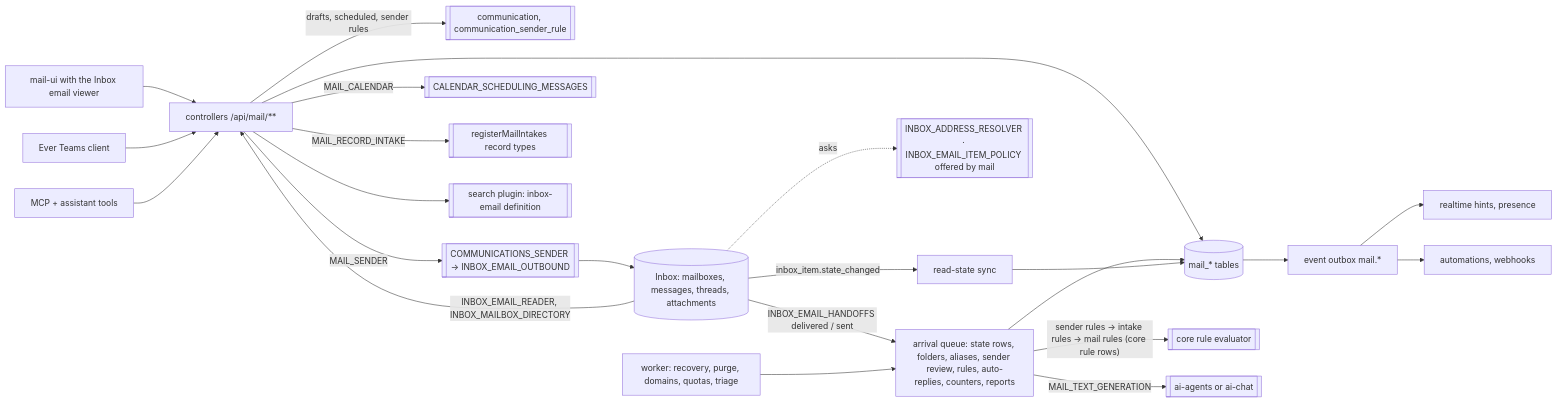
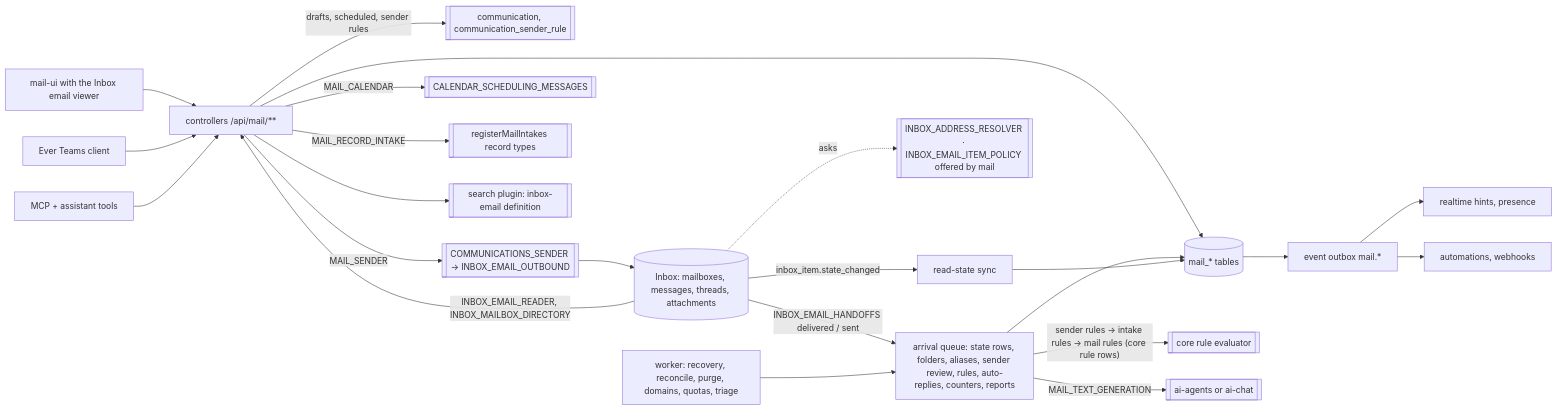
Before and after one commit to ever-co/ever-gauzy: the diagram in docs/specs/features/mail/plan.md, drawn with Mermaid. The commit also changed other lines of this file and 13 other files, not shown here.

````diff
--- a/docs/specs/features/mail/plan.md
+++ b/docs/specs/features/mail/plan.md
@@ -40,19 +41,19 @@
 ```mermaid
 flowchart LR
     UI[mail-ui with the Inbox email viewer] & TEAMS[Ever Teams client] --> API[controllers /api/mail/**]
     MCP[MCP + assistant tools] --> API
     INB[(Inbox: mailboxes, messages, threads, attachments)] -- INBOX_EMAIL_HANDOFFS delivered / sent --> ARR[arrival queue: state rows, folders, aliases, sender review, rules, auto-replies, counters, reports]
     INB -- INBOX_EMAIL_READER, INBOX_MAILBOX_DIRECTORY --> API
     INB -. asks .-> RES[[INBOX_ADDRESS_RESOLVER · INBOX_EMAIL_ITEM_POLICY offered by mail]]
     API & ARR --> DB[(mail_* tables)]
     API -- drafts, scheduled, sender rules --> COMM2[[communication, communication_sender_rule]]
     ARR -- sender rules → intake rules → mail rules (core rule rows) --> RULES[[core rule evaluator]]
     API -- MAIL_SENDER --> COMM[[COMMUNICATIONS_SENDER → INBOX_EMAIL_OUTBOUND]] --> INB
     API -- MAIL_CALENDAR --> CAL[[CALENDAR_SCHEDULING_MESSAGES]]
     API -- MAIL_RECORD_INTAKE --> INTAKE[[registerMailIntakes record types]]
     ARR -- MAIL_TEXT_GENERATION --> AI[[ai-agents or ai-chat]]
     API --> SRCH[[search plugin: inbox-email definition]]
     INB -- inbox_item.state_changed --> SYNC[read-state sync] --> DB
     DB --> OUT[event outbox mail.*] --> RT[realtime hints, presence] & AUT[automations, webhooks]
-    JOB[worker: recovery, purge, domains, quotas, triage] --> ARR
+    JOB[worker: recovery, reconcile, purge, domains, quotas, triage] --> ARR
 ```
````
